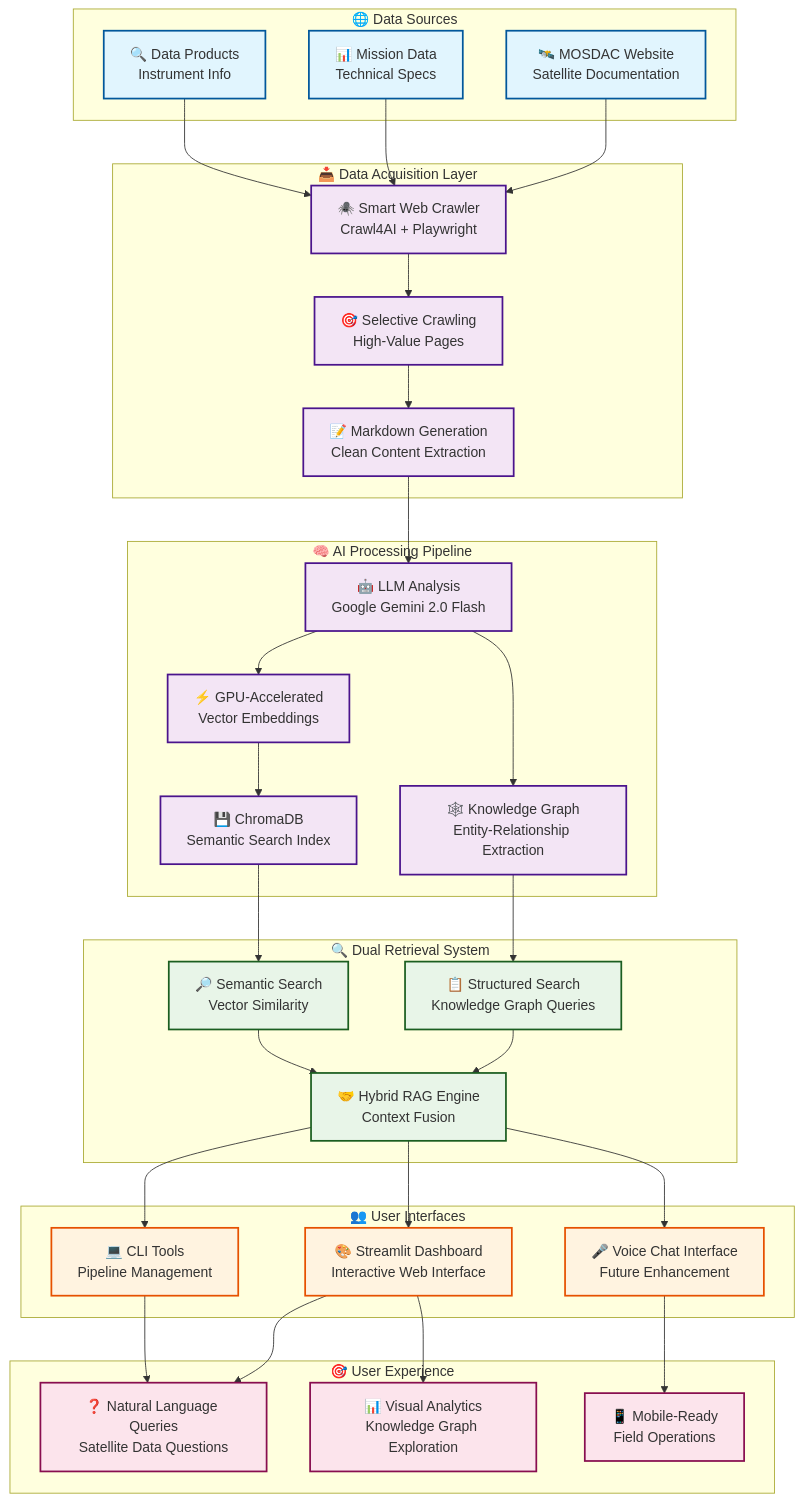
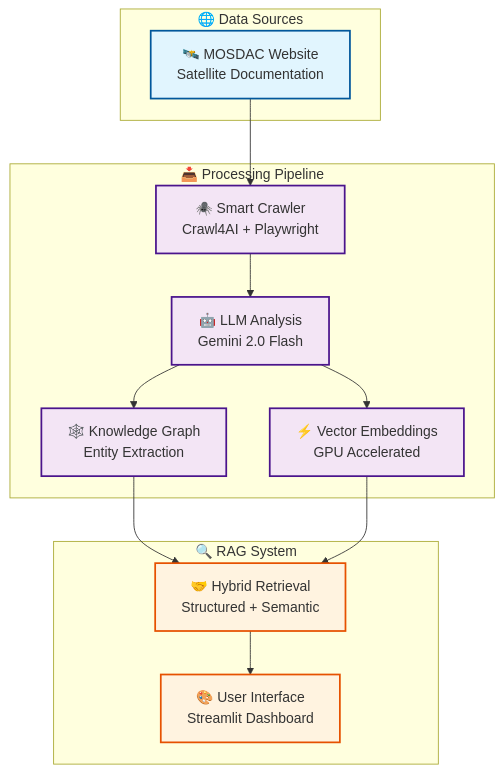
The diagram in README.md (garg-tejas/rag-mosdac), drawn with Mermaid before and after one commit. The commit also changed other lines of this file, not shown here.

````diff
--- a/README.md
+++ b/README.md
@@ -46,79 +46,33 @@
 ```mermaid
 graph TB
     subgraph "🌐 Data Sources"
         A[🛰️ MOSDAC Website<br/>Satellite Documentation]
-        B[📊 Mission Data<br/>Technical Specs]
-        C[🔍 Data Products<br/>Instrument Info]
     end
 
-    subgraph "📥 Data Acquisition Layer"
-        D[🕷️ Smart Web Crawler<br/>Crawl4AI + Playwright]
-        D1[🎯 Selective Crawling<br/>High-Value Pages]
-        D2[📝 Markdown Generation<br/>Clean Content Extraction]
+    subgraph "📥 Processing Pipeline"
+        B[🕷️ Smart Crawler<br/>Crawl4AI + Playwright]
+        C[🤖 LLM Analysis<br/>Gemini 2.0 Flash]
+        D[🕸️ Knowledge Graph<br/>Entity Extraction]
+        E[⚡ Vector Embeddings<br/>GPU Accelerated]
     end
 
-    subgraph "🧠 AI Processing Pipeline"
-        E[🤖 LLM Analysis<br/>Google Gemini 2.0 Flash]
-        F[🕸️ Knowledge Graph<br/>Entity-Relationship Extraction]
-        G[⚡ GPU-Accelerated<br/>Vector Embeddings]
-        H[💾 ChromaDB<br/>Semantic Search Index]
+    subgraph "🔍 RAG System"
+        F[🤝 Hybrid Retrieval<br/>Structured + Semantic]
+        G[🎨 User Interface<br/>Streamlit Dashboard]
     end
 
-    subgraph "🔍 Dual Retrieval System"
-        I[📋 Structured Search<br/>Knowledge Graph Queries]
-        J[🔎 Semantic Search<br/>Vector Similarity]
-        K[🤝 Hybrid RAG Engine<br/>Context Fusion]
-    end
+    A --> B --> C
+    C --> D
+    C --> E
+    D --> F
+    E --> F
+    F --> G
 
-    subgraph "👥 User Interfaces"
-        L[🎨 Streamlit Dashboard<br/>Interactive Web Interface]
-        M[🎤 Voice Chat Interface<br/>Future Enhancement]
-        N[💻 CLI Tools<br/>Pipeline Management]
-    end
+    classDef source fill:#e1f5fe,stroke:#01579b,stroke-width:2px
+    classDef process fill:#f3e5f5,stroke:#4a148c,stroke-width:2px
+    classDef interface fill:#fff3e0,stroke:#e65100,stroke-width:2px
 
-    subgraph "🎯 User Experience"
-        O[❓ Natural Language Queries<br/>Satellite Data Questions]
-        P[📊 Visual Analytics<br/>Knowledge Graph Exploration]
-        Q[📱 Mobile-Ready<br/>Field Operations]
-    end
-
-    %% Data Flow
-    A --> D
-    B --> D
-    C --> D
-
-    D --> D1
-    D1 --> D2
-    D2 --> E
-
-    E --> F
-    E --> G
-    G --> H
-
-    F --> I
-    H --> J
-    I --> K
-    J --> K
-
-    K --> L
-    K --> M
-    K --> N
-
-    L --> O
-    L --> P
-    M --> Q
-    N --> O
-
-    %% Styling
-    classDef dataSource fill:#e1f5fe,stroke:#01579b,stroke-width:2px
-    classDef processing fill:#f3e5f5,stroke:#4a148c,stroke-width:2px
-    classDef retrieval fill:#e8f5e8,stroke:#1b5e20,stroke-width:2px
-    classDef interface fill:#fff3e0,stroke:#e65100,stroke-width:2px
-    classDef experience fill:#fce4ec,stroke:#880e4f,stroke-width:2px
-
-    class A,B,C dataSource
-    class D,D1,D2,E,F,G,H processing
-    class I,J,K retrieval
-    class L,M,N interface
-    class O,P,Q experience
+    class A source
+    class B,C,D,E process
+    class F,G interface
 ```
````
